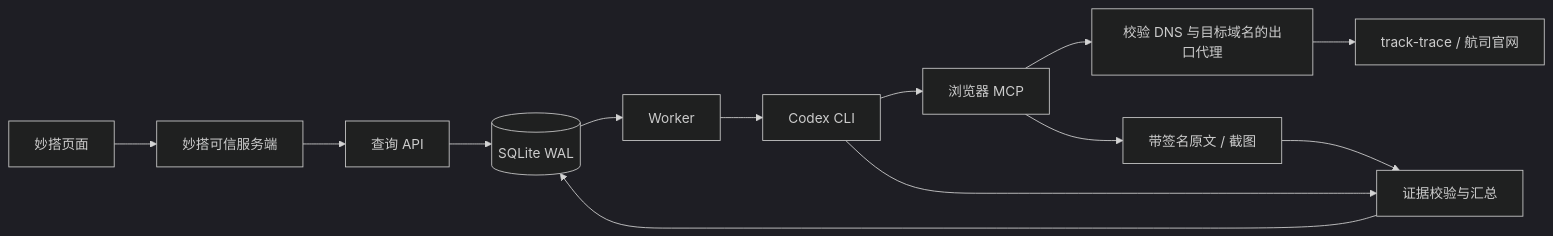
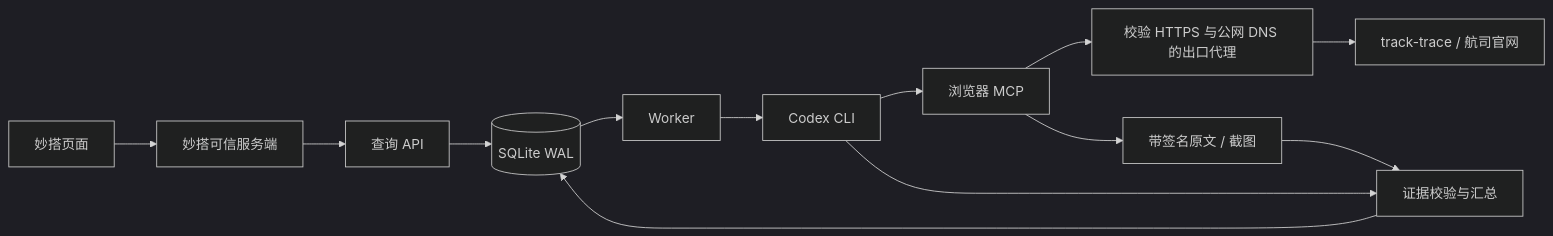
Before and after one commit to wangbin0227/codex_flight_service: the diagram in docs/architecture.md, drawn with Mermaid (dark theme). The commit also changed other lines of this file and 19 other files, not shown here.

````diff
--- a/docs/architecture.md
+++ b/docs/architecture.md
@@ -7,15 +7,15 @@
 ```mermaid
 flowchart LR
   UI[妙搭页面] --> MD[妙搭可信服务端]
   MD --> API[查询 API]
   API --> DB[(SQLite WAL)]
   DB --> W[Worker]
   W --> C[Codex CLI]
   C --> MCP[浏览器 MCP]
-  MCP --> P[校验 DNS 与目标域名的出口代理]
+  MCP --> P[校验 HTTPS 与公网 DNS 的出口代理]
   P --> AIR[track-trace / 航司官网]
   MCP --> EV[带签名原文 / 截图]
   EV --> V[证据校验与汇总]
   C --> V
   V --> DB
 ```
````
